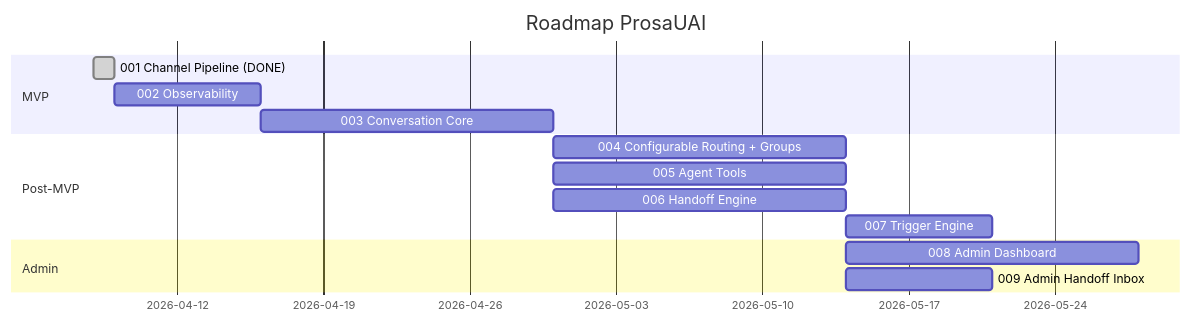
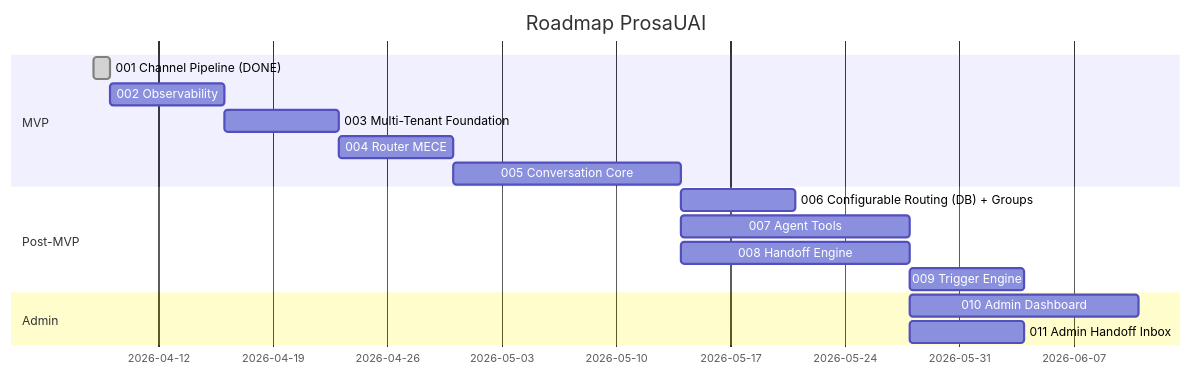
Before and after one commit to paceautomations/madruga.ai: the first of 2 diagrams in platforms/prosauai/planning/roadmap.md, drawn with Mermaid. The commit also changed other lines of this file and 35 other files, not shown here.

````diff
--- a/platforms/prosauai/planning/roadmap.md
+++ b/platforms/prosauai/planning/roadmap.md
@@ -32,17 +32,19 @@
 ```mermaid
 gantt
     title Roadmap ProsaUAI
     dateFormat YYYY-MM-DD
     section MVP
-    001 Channel Pipeline (DONE)  :done, a1, 2026-04-08, 1d
-    002 Observability             :a2, after a1, 1w
-    003 Conversation Core         :a3, after a2, 2w
+    001 Channel Pipeline (DONE)   :done, a1, 2026-04-08, 1d
+    002 Observability              :a2, after a1, 1w
+    003 Multi-Tenant Foundation    :a3, after a2, 1w
+    004 Router MECE                :a4, after a3, 1w
+    005 Conversation Core          :a5, after a4, 2w
     section Post-MVP
-    004 Configurable Routing + Groups :a4, after a3, 2w
-    005 Agent Tools         :a5, after a3, 2w
-    006 Handoff Engine      :a6, after a3, 2w
-    007 Trigger Engine      :a7, after a6, 1w
+    006 Configurable Routing (DB) + Groups :a6, after a5, 1w
+    007 Agent Tools         :a7, after a5, 2w
+    008 Handoff Engine      :a8, after a5, 2w
+    009 Trigger Engine      :a9, after a8, 1w
     section Admin
-    008 Admin Dashboard     :a8, after a5, 2w
-    009 Admin Handoff Inbox :a9, after a6, 1w
+    010 Admin Dashboard     :a10, after a7, 2w
+    011 Admin Handoff Inbox :a11, after a8, 1w
 ```
````
